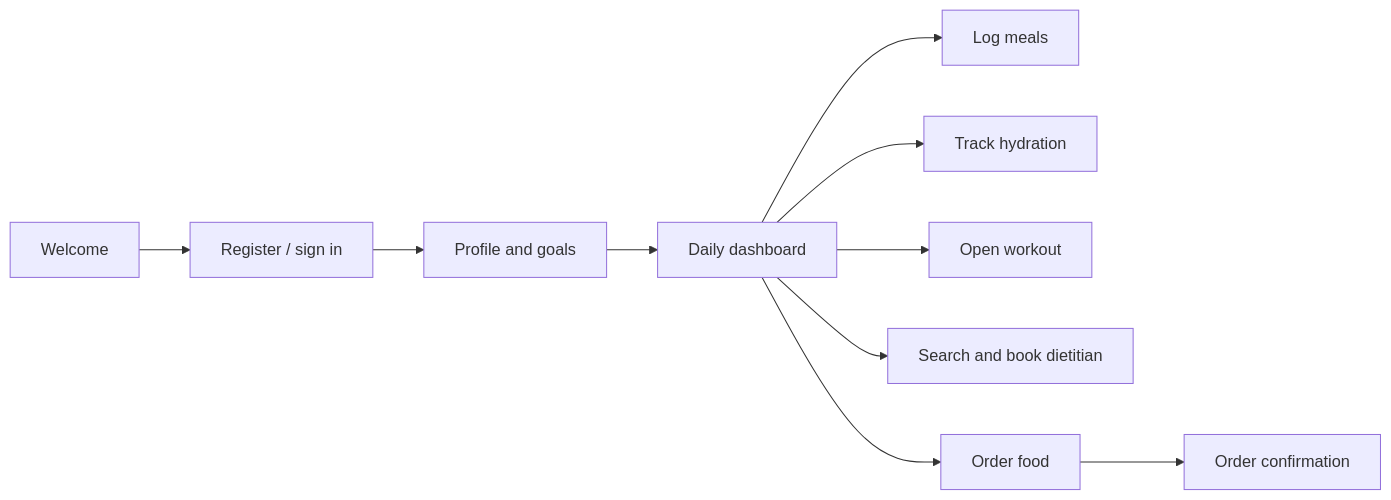
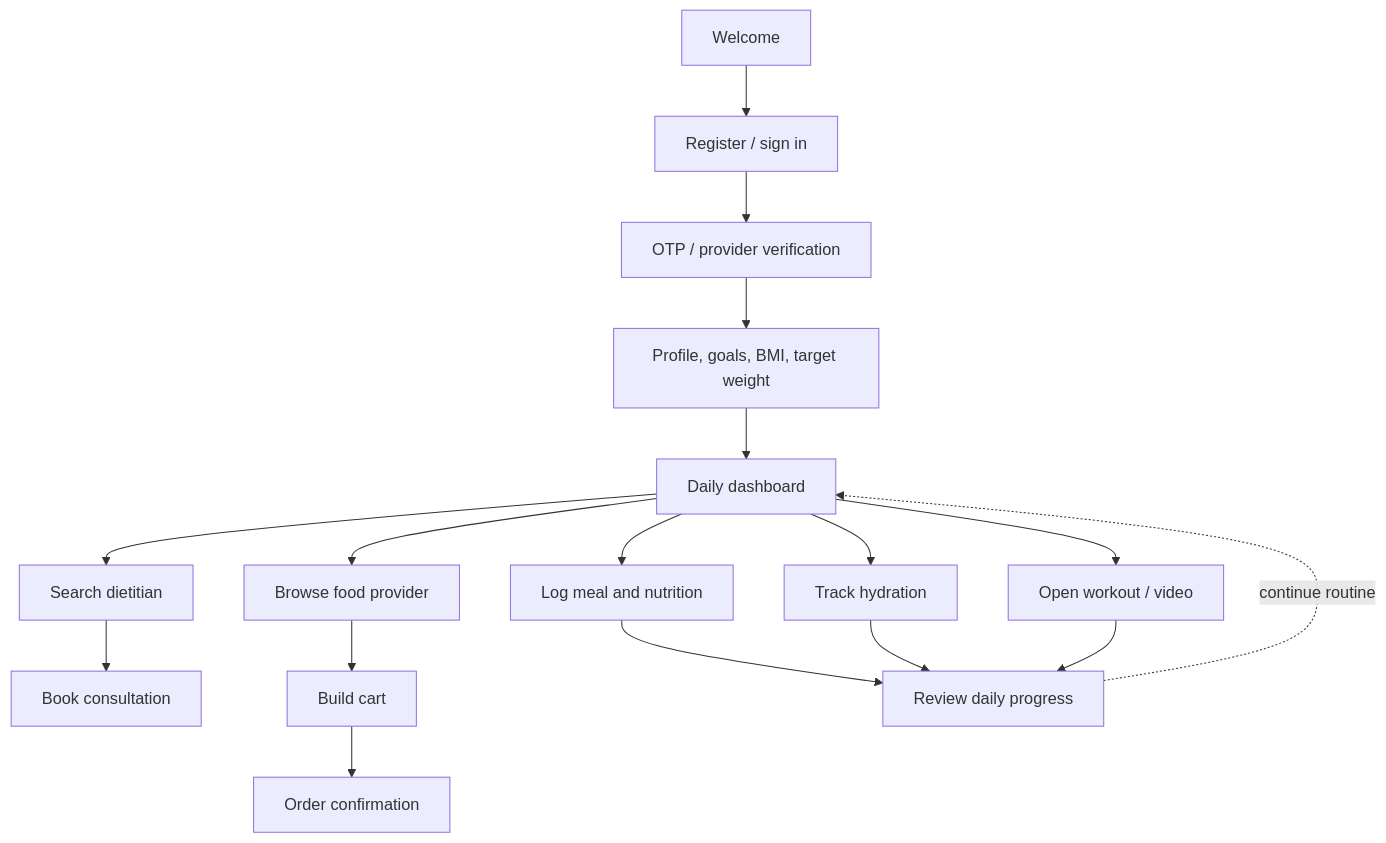
One commit to kajolmehra/wellnest changed the diagram in docs/USER-FLOWS.md. Above: the diagram before and after it, drawn with Mermaid. The commit also changed other lines of this file and 1 other file, not shown here.

````diff
--- a/docs/USER-FLOWS.md
+++ b/docs/USER-FLOWS.md
@@ -3,12 +3,19 @@
 ```mermaid
-flowchart LR
+flowchart TB
     Welcome[Welcome] --> Auth[Register / sign in]
-    Auth --> Setup[Profile and goals]
+    Auth --> Verify[OTP / provider verification]
+    Verify --> Setup[Profile, goals, BMI, target weight]
     Setup --> Dashboard[Daily dashboard]
-    Dashboard --> Meals[Log meals]
+    Dashboard --> Meals[Log meal and nutrition]
     Dashboard --> Water[Track hydration]
-    Dashboard --> Workouts[Open workout]
-    Dashboard --> Dietitian[Search and book dietitian]
-    Dashboard --> Shop[Order food]
-    Shop --> Confirmation[Order confirmation]
+    Dashboard --> Workouts[Open workout / video]
+    Dashboard --> Dietitian[Search dietitian]
+    Dietitian --> Appointment[Book consultation]
+    Dashboard --> Shop[Browse food provider]
+    Shop --> Cart[Build cart]
+    Cart --> Confirmation[Order confirmation]
+    Meals --> Progress[Review daily progress]
+    Water --> Progress
+    Workouts --> Progress
+    Progress -. continue routine .-> Dashboard
 ```
````
